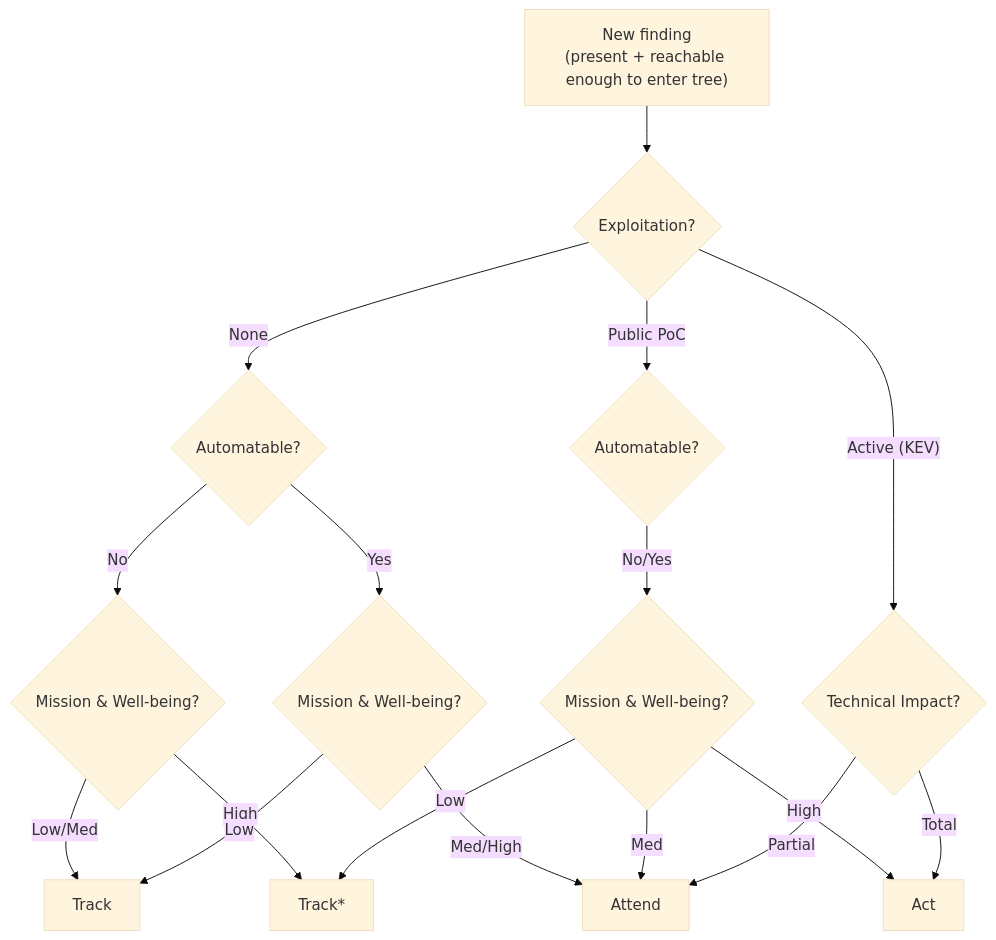
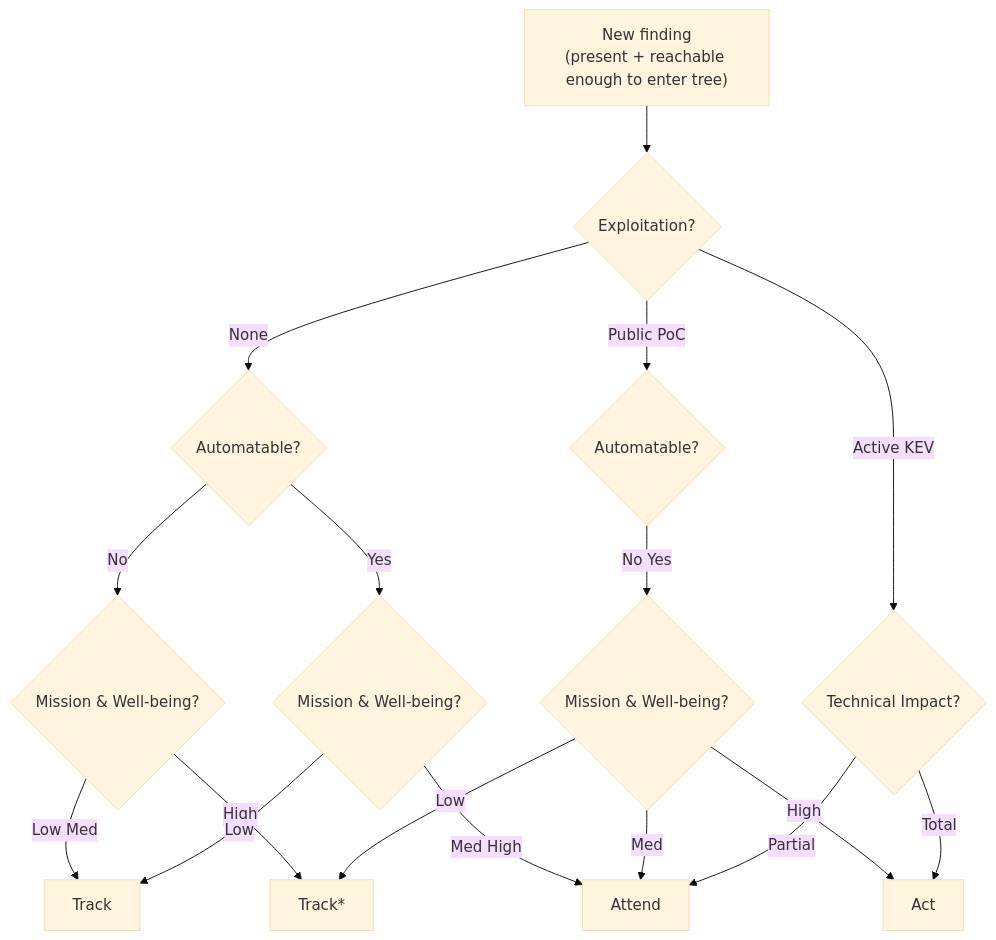
The fourth of 7 diagrams in book-02-dependencies/ch07-reachability-prioritization.md (bumbsclaw/textbooks), drawn with Mermaid (base theme) before and after one commit. The commit also changed other lines of this file and 173 other files, not shown here.

First line of the commit message:
fix(mermaid): close note brackets, semicolons in Notes, stateDiagram br -> dash, edge parens

````diff
--- a/book-02-dependencies/ch07-reachability-prioritization.md
+++ b/book-02-dependencies/ch07-reachability-prioritization.md
@@ -515,19 +515,19 @@
 ```mermaid
 flowchart TD
     START["New finding<br/>(present + reachable enough to enter tree)"] --> EX{"Exploitation?"}
     EX -->|"None"| AUT1{"Automatable?"}
     EX -->|"Public PoC"| AUT2{"Automatable?"}
-    EX -->|"Active (KEV)"| TI3{"Technical Impact?"}
+    EX -->|"Active KEV "| TI3{"Technical Impact?"}
     AUT1 -->|"No"| MW1{"Mission & Well-being?"}
     AUT1 -->|"Yes"| MW2{"Mission & Well-being?"}
-    MW1 -->|"Low/Med"| TRK["Track"]
+    MW1 -->|"Low Med"| TRK["Track"]
     MW1 -->|"High"| TRKS["Track*"]
     MW2 -->|"Low"| TRK
-    MW2 -->|"Med/High"| ATT["Attend"]
-    AUT2 -->|"No/Yes"| MW3{"Mission & Well-being?"}
+    MW2 -->|"Med High"| ATT["Attend"]
+    AUT2 -->|"No Yes"| MW3{"Mission & Well-being?"}
     MW3 -->|"Low"| TRKS
     MW3 -->|"Med"| ATT
     MW3 -->|"High"| ACT["Act"]
     TI3 -->|"Partial"| ATT
     TI3 -->|"Total"| ACT
 ```
````
